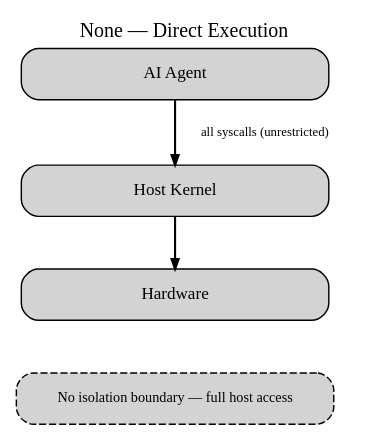
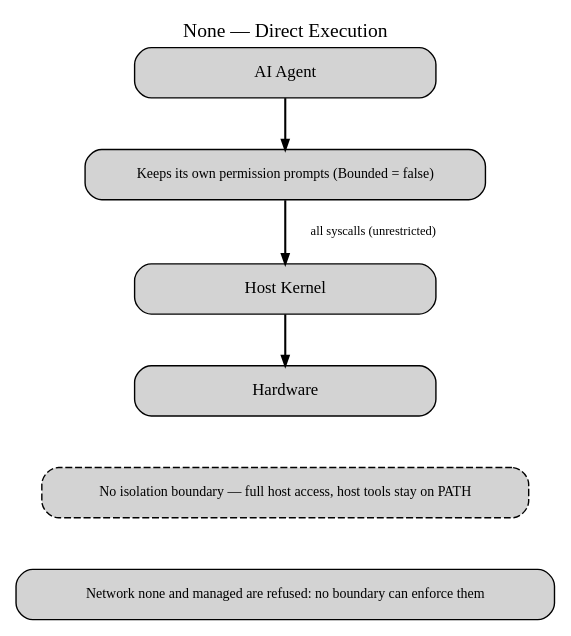
One commit to xonovex/platform changed the diagram in packages/asset/asset-diagrams/01-none.dot. Above: the diagram before and after it, drawn with Graphviz. The commit also changed 27 other files, not shown here.

Commit message:
docs(asset-diagrams): correct the sandbox diagrams against the code and add seatbelt, docker-sandboxes and openshell

```diff
--- a/packages/asset/asset-diagrams/01-none.dot
+++ b/packages/asset/asset-diagrams/01-none.dot
@@ -1,24 +1,28 @@
 digraph None {
   rankdir=TB;
   splines=false;
   nodesep=0.3;
   ranksep=0.5;
   margin=0.3;
 
   node [shape=box, style="rounded,filled", fontsize=12, width=3, height=0.5];
   edge [fontsize=9, penwidth=1.5, arrowsize=0.7];
 
   label="None — Direct Execution";
   labelloc=t;
   fontsize=14;
 
   agent [label="AI Agent", role="actor"];
+  prompts [label="Keeps its own permission prompts (Bounded = false)", fontsize=10];
   kernel [label="Host Kernel", role="strong"];
   hw [label="Hardware", role="panel"];
 
-  agent -> kernel [label="  all syscalls (unrestricted)"];
+  agent -> prompts;
+  prompts -> kernel [label="  all syscalls (unrestricted)"];
   kernel -> hw;
 
-  note [label="No isolation boundary — full host access", role="risk", style="rounded,filled,dashed", fontsize=10];
+  note [label="No isolation boundary — full host access, host tools stay on PATH", role="risk", style="rounded,filled,dashed", fontsize=10];
+  refused [label="Network none and managed are refused: no boundary can enforce them", role="note", fontsize=10];
   hw -> note [style=invis];
+  note -> refused [style=invis];
 }
```
